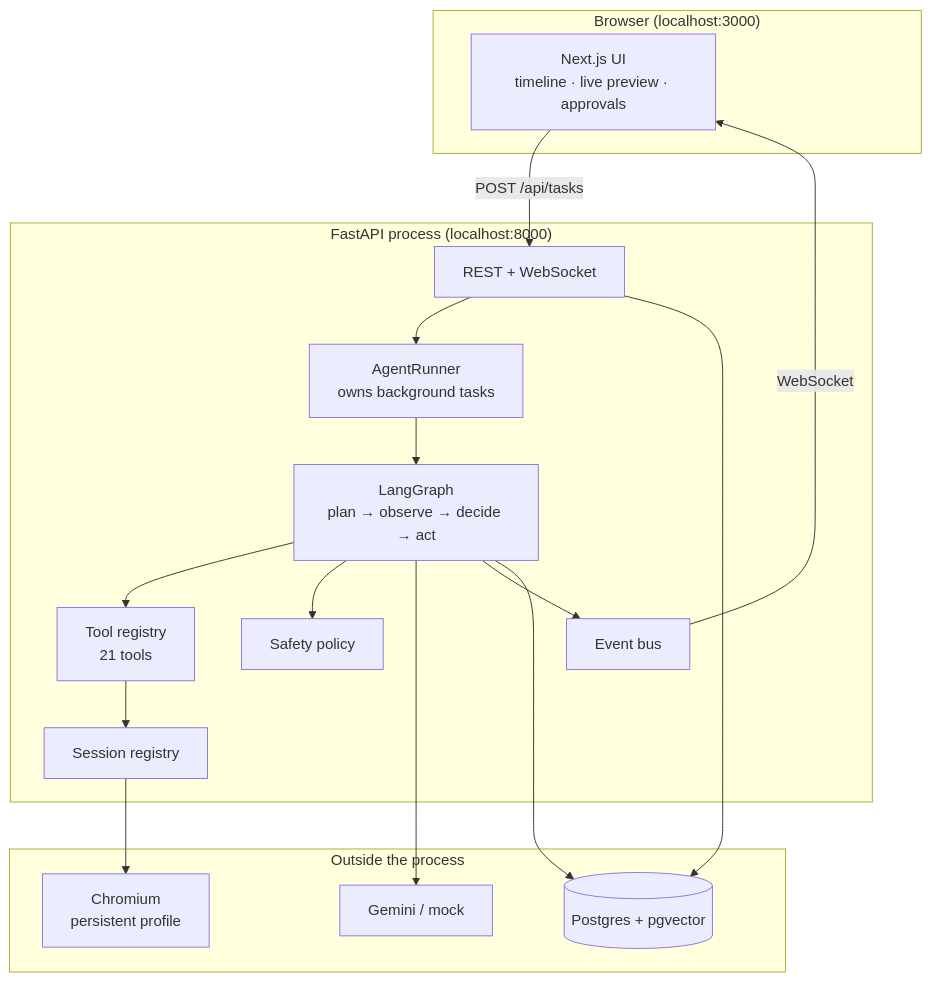
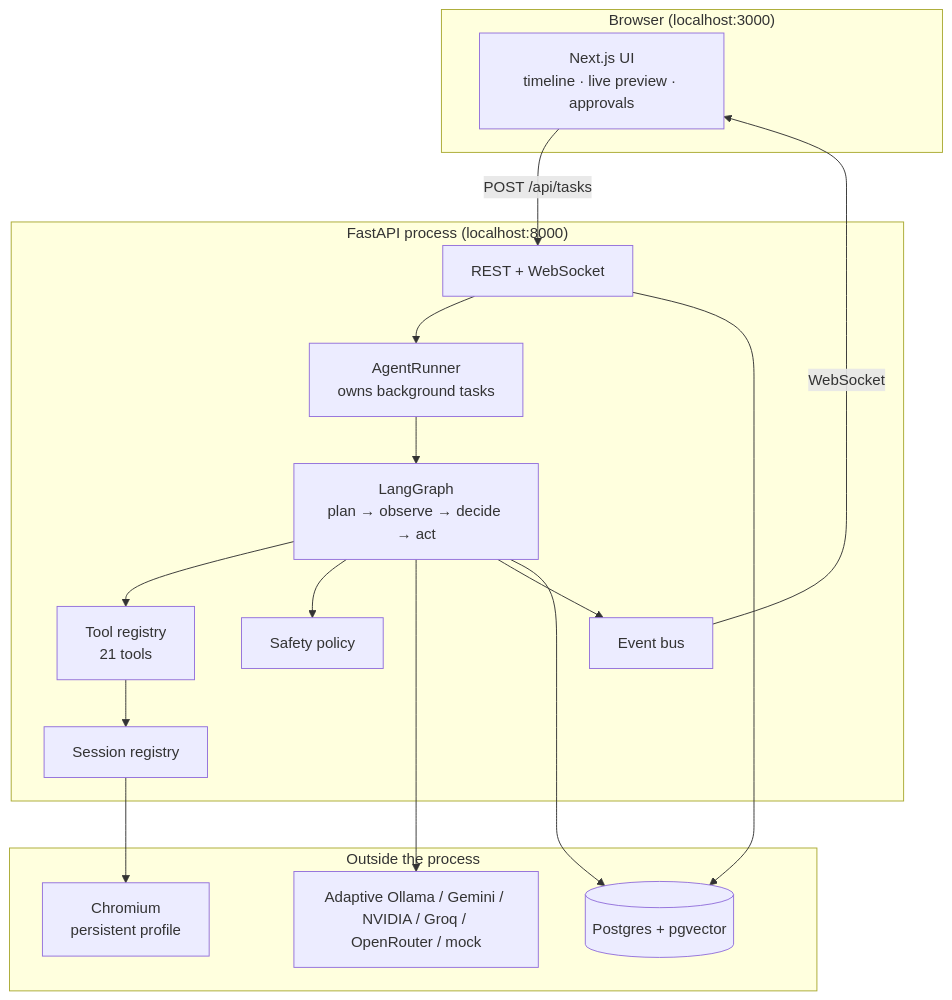
One commit to Parthgogia/browser-automation-agent changed the first of 7 diagrams in docs/ARCHITECTURE.md. Above: the diagram before and after it, drawn with Mermaid. The commit also changed other lines of this file and 9 other files, not shown here.

````diff
--- a/docs/ARCHITECTURE.md
+++ b/docs/ARCHITECTURE.md
@@ -59,32 +59,32 @@
 ```mermaid
 flowchart TB
     subgraph client["Browser (localhost:3000)"]
         UI["Next.js UI<br/>timeline · live preview · approvals"]
     end
 
     subgraph server["FastAPI process (localhost:8000)"]
         API["REST + WebSocket"]
         RUNNER["AgentRunner<br/>owns background tasks"]
         GRAPH["LangGraph<br/>plan → observe → decide → act"]
         TOOLS["Tool registry<br/>21 tools"]
         SAFETY["Safety policy"]
         BUS["Event bus"]
         SESS["Session registry"]
     end
 
     subgraph external["Outside the process"]
         CHROME["Chromium<br/>persistent profile"]
-        LLM["Gemini / mock"]
+        LLM["Adaptive Ollama / Gemini / NVIDIA / Groq / OpenRouter / mock"]
         PG[("Postgres + pgvector")]
     end
 
     UI -->|"POST /api/tasks"| API
     API --> RUNNER --> GRAPH
     GRAPH --> TOOLS --> SESS --> CHROME
     GRAPH --> SAFETY
     GRAPH --> LLM
     GRAPH --> BUS
     BUS -->|"WebSocket"| UI
     GRAPH --> PG
     API --> PG
 ```
````
